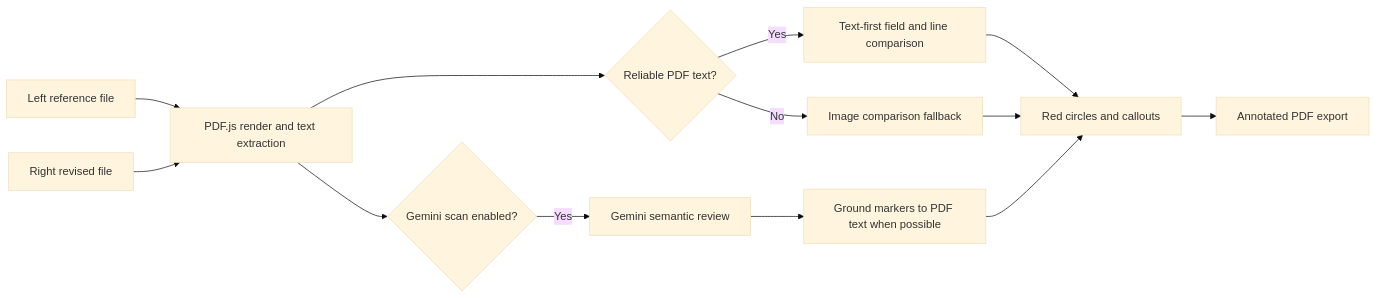
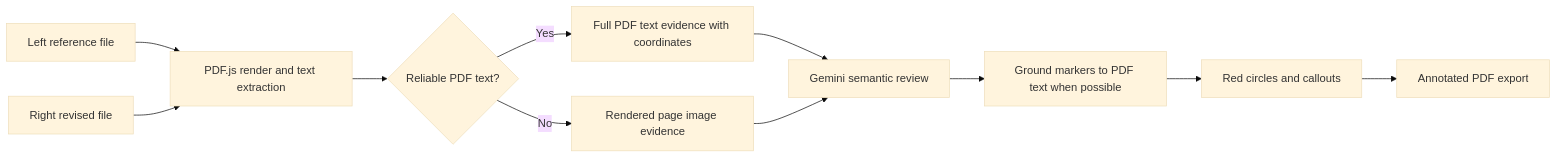
One commit to Conthium/le-pdfscan changed the diagram in README.md. Above: the diagram before and after it, drawn with Mermaid (base theme). The commit also changed other lines of this file and 9 other files, not shown here.

````diff
--- a/README.md
+++ b/README.md
@@ -31,15 +32,13 @@
 ```mermaid
 flowchart LR
   A["Left reference file"] --> C["PDF.js render and text extraction"]
   B["Right revised file"] --> C
   C --> D{"Reliable PDF text?"}
-  D -->|"Yes"| E["Text-first field and line comparison"]
-  D -->|"No"| F["Image comparison fallback"]
-  E --> G["Red circles and callouts"]
+  D -->|"Yes"| E["Full PDF text evidence with coordinates"]
+  D -->|"No"| F["Rendered page image evidence"]
+  E --> G["Gemini semantic review"]
   F --> G
-  C --> H{"Gemini scan enabled?"}
-  H -->|"Yes"| I["Gemini semantic review"]
-  I --> J["Ground markers to PDF text when possible"]
-  J --> G
-  G --> K["Annotated PDF export"]
+  G --> H["Ground markers to PDF text when possible"]
+  H --> I["Red circles and callouts"]
+  I --> J["Annotated PDF export"]
 ```
````
